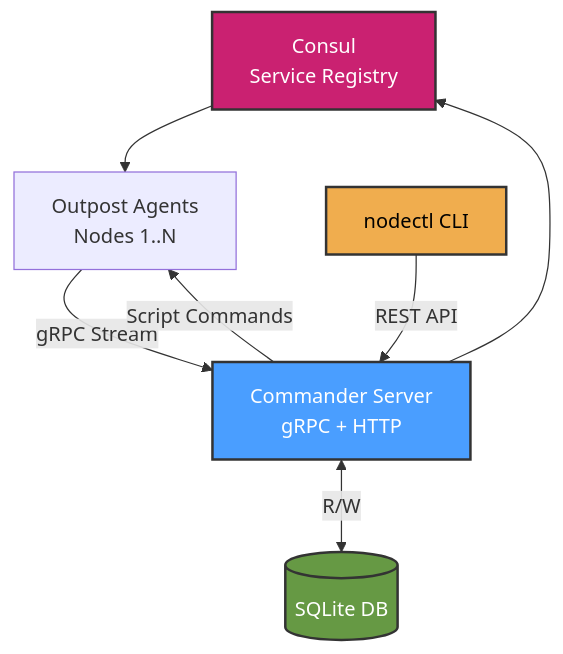
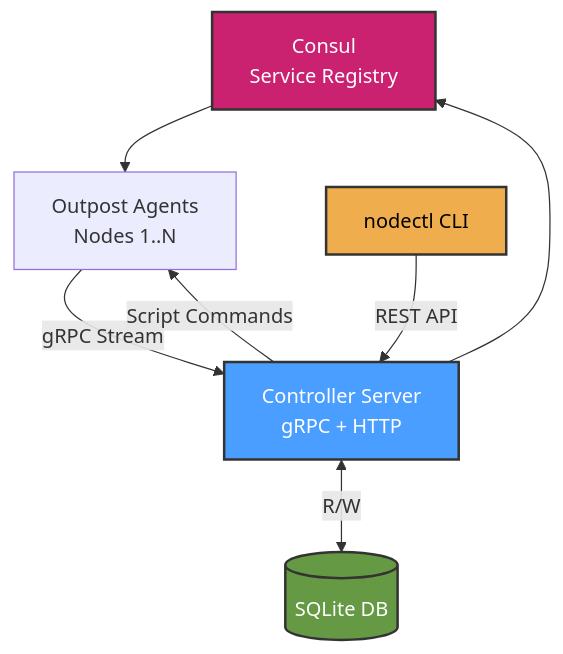
The diagram in README.md (metorial/node-manager), drawn with Mermaid before and after one commit. The commit also changed other lines of this file and 25 other files, not shown here.

````diff
--- a/README.md
+++ b/README.md
@@ -117,22 +117,22 @@
 ```mermaid
 graph TB
   Consul[Consul<br/>Service Registry]
-  Commander[Commander Server<br/>gRPC + HTTP]
+  Controller[Controller Server<br/>gRPC + HTTP]
   Outposts[Outpost Agents<br/>Nodes 1..N]
   CLI[nodectl CLI]
   DB[(SQLite DB)]
 
-  Commander --> Consul
+  Controller --> Consul
   Consul --> Outposts
 
-  Outposts -->|gRPC Stream| Commander
-  Commander -->|Script Commands| Outposts
+  Outposts -->|gRPC Stream| Controller
+  Controller -->|Script Commands| Outposts
 
-  Commander <-->|R/W| DB
-  CLI -->|REST API| Commander
+  Controller <-->|R/W| DB
+  CLI -->|REST API| Controller
 
-  style Commander fill:#4a9eff,stroke:#333,stroke-width:2px,color:#fff
+  style Controller fill:#4a9eff,stroke:#333,stroke-width:2px,color:#fff
   style Consul fill:#ca2171,stroke:#333,stroke-width:2px,color:#fff
   style DB fill:#669944,stroke:#333,stroke-width:2px,color:#fff
   style CLI fill:#f0ad4e,stroke:#333,stroke-width:2px,color:#000
 ```
````
